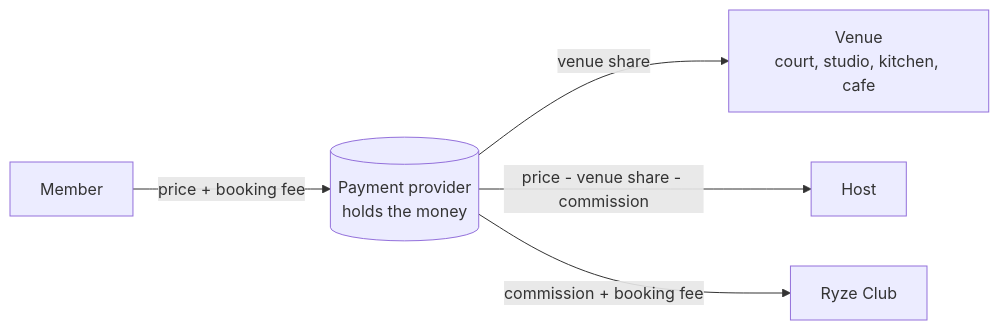
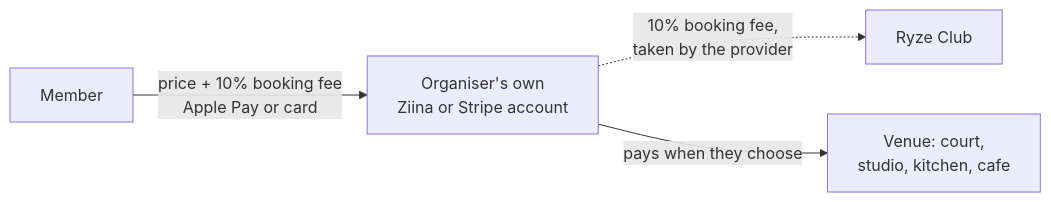
One commit to Jed-byte/ryzeclub changed the diagram in docs/initiatives/initiative-001-community-fitness-dubai/business/money-flows.md. Above: the diagram before and after it, drawn with Mermaid. The commit also changed other lines of this file and 2 other files, not shown here.

First line of the commit message:
Simplify the money flow to one member-paid 10% booking fee

````diff
--- a/docs/initiatives/initiative-001-community-fitness-dubai/business/money-flows.md
+++ b/docs/initiatives/initiative-001-community-fitness-dubai/business/money-flows.md
@@ -27,7 +25,6 @@
 ```mermaid
 flowchart LR
-    M[Member] -->|price + booking fee| P[(Payment provider<br/>holds the money)]
-    P -->|venue share| V[Venue<br/>court, studio, kitchen, cafe]
-    P -->|price - venue share - commission| H[Host]
-    P -->|commission + booking fee| R[Ryze Club]
+    M[Member] -->|price + 10% booking fee<br/>Apple Pay or card| O[Organiser's own<br/>Ziina or Stripe account]
+    O -.->|10% booking fee,<br/>taken by the provider| R[Ryze Club]
+    O -->|pays when they choose| V[Venue: court,<br/>studio, kitchen, cafe]
 ```
````
